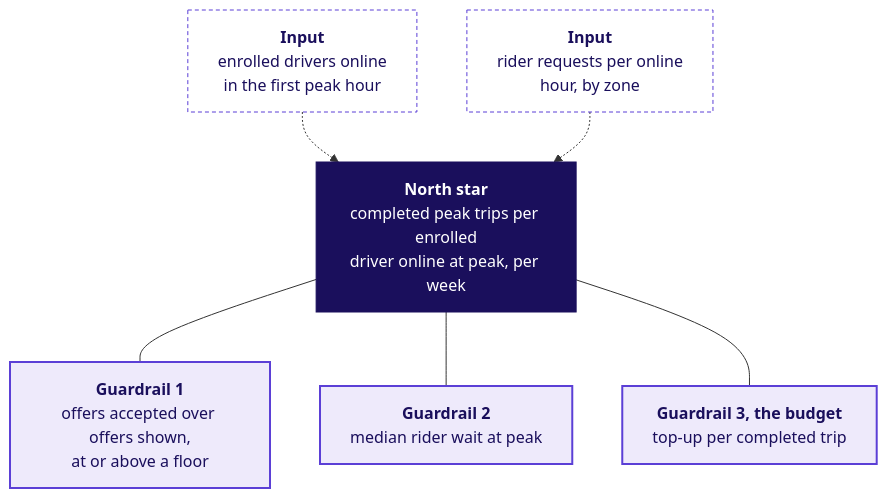
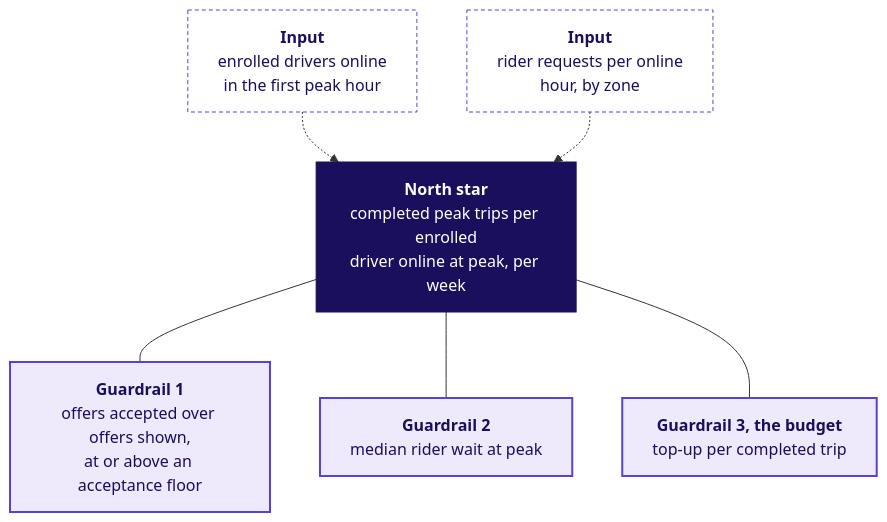
Diagram 16 of 19 in content/W04/D1/whiteboards/C2_W04_D01_board_work_STUDENT.md (fde-academy-lab/c2-content-factory), drawn with Mermaid before and after one commit. The commit also changed other lines of this file and 4 other files, not shown here.

````diff
--- a/content/W04/D1/whiteboards/C2_W04_D01_board_work_STUDENT.md
+++ b/content/W04/D1/whiteboards/C2_W04_D01_board_work_STUDENT.md
@@ -366,20 +382,20 @@
 ```mermaid
 flowchart TD
     N["<b>North star</b><br/>completed peak trips per enrolled<br/>driver online at peak, per week"]
-    G1["<b>Guardrail 1</b><br/>offers accepted over offers shown,<br/>at or above a floor"]
+    G1["<b>Guardrail 1</b><br/>offers accepted over offers shown,<br/>at or above an acceptance floor"]
     G2["<b>Guardrail 2</b><br/>median rider wait at peak"]
     G3["<b>Guardrail 3, the budget</b><br/>top-up per completed trip"]
     L1["<b>Input</b><br/>enrolled drivers online<br/>in the first peak hour"]
     L2["<b>Input</b><br/>rider requests per online<br/>hour, by zone"]
     N --- G1
     N --- G2
     N --- G3
     L1 -.-> N
     L2 -.-> N
     classDef lit fill:#1A0F5C,stroke:#1A0F5C,color:#FFFFFF
     classDef known fill:#EEEAFB,stroke:#5B3FD6,color:#1A0F5C,stroke-width:2px
     classDef input fill:#FFFFFF,stroke:#5B3FD6,color:#1A0F5C,stroke-dasharray:4 3
     class N lit
     class G1,G2,G3 known
     class L1,L2 input
 ```
````
